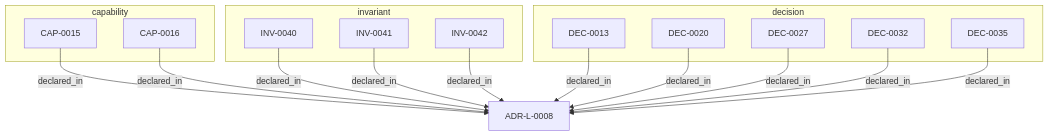
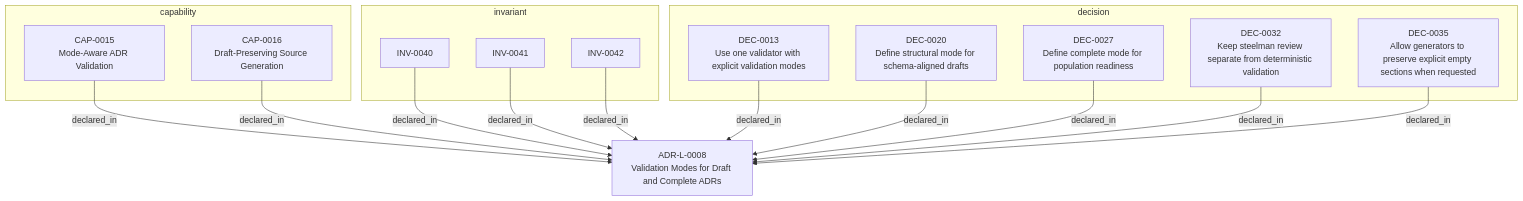
Before and after one commit to egallmann/adr-architecture-kit: the second of 2 diagrams in adrs/adr-projection/logical/ADR-L-0008-validation-modes-for-draft-and-complete-adrs.md, drawn with Mermaid. The commit also changed other lines of this file and 35 other files, not shown here.

First line of the commit message:
docs: regenerate deterministic ADR-PC projections

````diff
--- a/adrs/adr-projection/logical/ADR-L-0008-validation-modes-for-draft-and-complete-adrs.md
+++ b/adrs/adr-projection/logical/ADR-L-0008-validation-modes-for-draft-and-complete-adrs.md
@@ -107,30 +107,30 @@
 ```mermaid
 flowchart TB
-  n_019fee89_e616_7066_8d2f_3acc7f469f72["ADR-L-0008"]
+  n_019fee89_e616_7066_8d2f_3acc7f469f72["ADR-L-0008<br/>Validation Modes for Draft and Complete ADRs"]
   subgraph sg_capability["capability"]
-    n_019fee89_e616_7abc_a63c_13e917ef49d8["CAP-0015"]
-    n_019fee89_e616_705d_9a3d_4341d19e1541["CAP-0016"]
+    n_019fee89_e616_7abc_a63c_13e917ef49d8["CAP-0015<br/>Mode-Aware ADR Validation"]
+    n_019fee89_e616_705d_9a3d_4341d19e1541["CAP-0016<br/>Draft-Preserving Source Generation"]
   end
   subgraph sg_decision["decision"]
-    n_019fee89_e616_7ede_823e_bf6a70fc3814["DEC-0013"]
-    n_019fee89_e616_78cd_b936_3357c12efad1["DEC-0020"]
-    n_019fee89_e616_7ef2_8f0f_5593e9025be3["DEC-0027"]
-    n_019fee89_e616_72f3_943b_62146272e78f["DEC-0032"]
-    n_019fee89_e616_7172_a93e_95eb4cac9011["DEC-0035"]
+    n_019fee89_e616_7ede_823e_bf6a70fc3814["DEC-0013<br/>Use one validator with explicit validation modes"]
+    n_019fee89_e616_78cd_b936_3357c12efad1["DEC-0020<br/>Define structural mode for schema-aligned drafts"]
+    n_019fee89_e616_7ef2_8f0f_5593e9025be3["DEC-0027<br/>Define complete mode for population readiness"]
+    n_019fee89_e616_72f3_943b_62146272e78f["DEC-0032<br/>Keep steelman review separate from deterministic validation"]
+    n_019fee89_e616_7172_a93e_95eb4cac9011["DEC-0035<br/>Allow generators to preserve explicit empty sections when requested"]
   end
   subgraph sg_invariant["invariant"]
     n_019fee89_e616_7868_b425_c7f5680872b7["INV-0040"]
     n_019fee89_e616_78b2_8f3d_005067fed51f["INV-0041"]
     n_019fee89_e616_7385_a83e_931f9da2d4db["INV-0042"]
   end
   n_019fee89_e616_705d_9a3d_4341d19e1541 -->|"declared_in"| n_019fee89_e616_7066_8d2f_3acc7f469f72
   n_019fee89_e616_7172_a93e_95eb4cac9011 -->|"declared_in"| n_019fee89_e616_7066_8d2f_3acc7f469f72
   n_019fee89_e616_72f3_943b_62146272e78f -->|"declared_in"| n_019fee89_e616_7066_8d2f_3acc7f469f72
   n_019fee89_e616_7385_a83e_931f9da2d4db -->|"declared_in"| n_019fee89_e616_7066_8d2f_3acc7f469f72
   n_019fee89_e616_7868_b425_c7f5680872b7 -->|"declared_in"| n_019fee89_e616_7066_8d2f_3acc7f469f72
   n_019fee89_e616_78b2_8f3d_005067fed51f -->|"declared_in"| n_019fee89_e616_7066_8d2f_3acc7f469f72
   n_019fee89_e616_78cd_b936_3357c12efad1 -->|"declared_in"| n_019fee89_e616_7066_8d2f_3acc7f469f72
   n_019fee89_e616_7abc_a63c_13e917ef49d8 -->|"declared_in"| n_019fee89_e616_7066_8d2f_3acc7f469f72
   n_019fee89_e616_7ede_823e_bf6a70fc3814 -->|"declared_in"| n_019fee89_e616_7066_8d2f_3acc7f469f72
   n_019fee89_e616_7ef2_8f0f_5593e9025be3 -->|"declared_in"| n_019fee89_e616_7066_8d2f_3acc7f469f72
 ```
````
